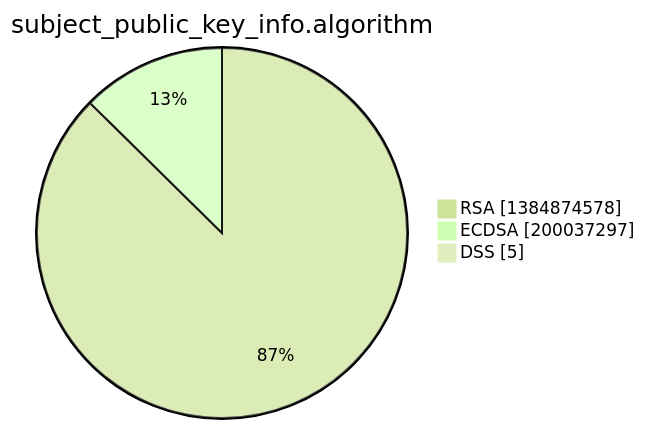
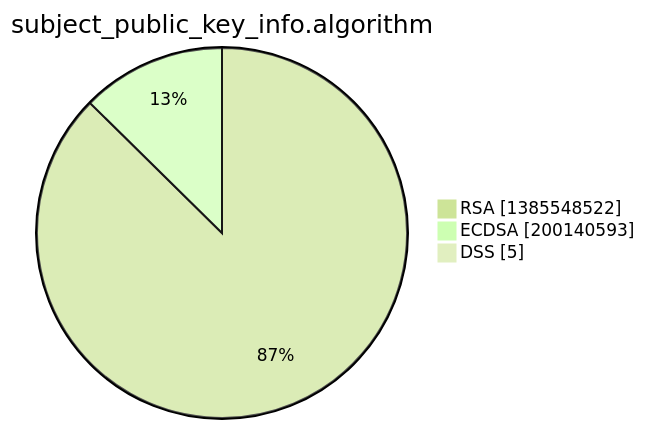
The third of 15 diagrams in xenon2022/README.md (christiankrug/ctmonitor_visualization), drawn with Mermaid (forest theme) before and after one commit. The commit also changed other lines of this file, not shown here.

````diff
--- a/xenon2022/README.md
+++ b/xenon2022/README.md
@@ -14,7 +14,7 @@
 ```mermaid
 pie showData
 title subject_public_key_info.algorithm
-"RSA" :1384874578
-"ECDSA" :200037297
+"RSA" :1385548522
+"ECDSA" :200140593
 "DSS" :5
 ```
````
